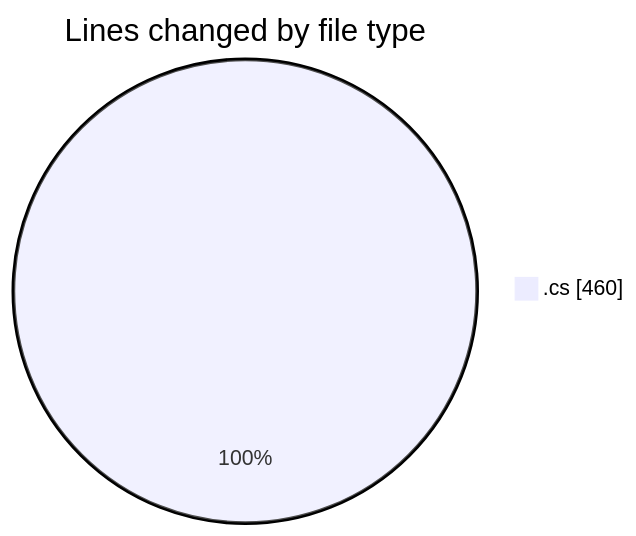
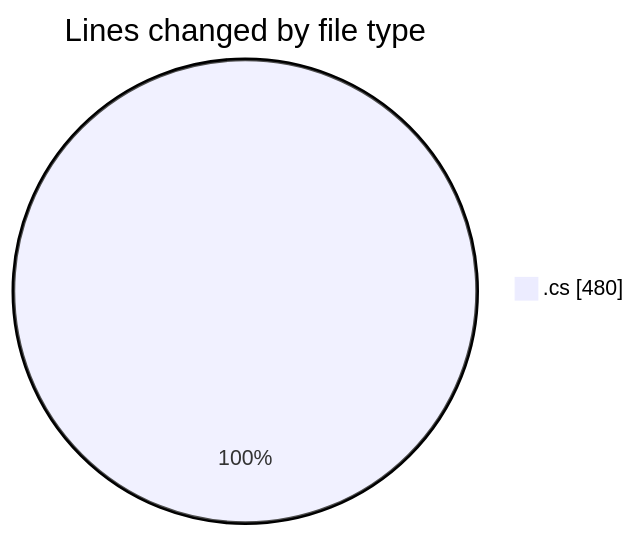
One commit to Netris89/code-tracking changed the first of 2 diagrams in 2025-03-25/back-end/README.md. Above: the diagram before and after it, drawn with Mermaid. The commit also changed other lines of this file and 1 other file, not shown here.

````diff
--- a/2025-03-25/back-end/README.md
+++ b/2025-03-25/back-end/README.md
@@ -26,5 +26,5 @@
 ```mermaid
 pie showData
 title Lines changed by file type
-".cs" : 460
+".cs" : 480
 ```
````
